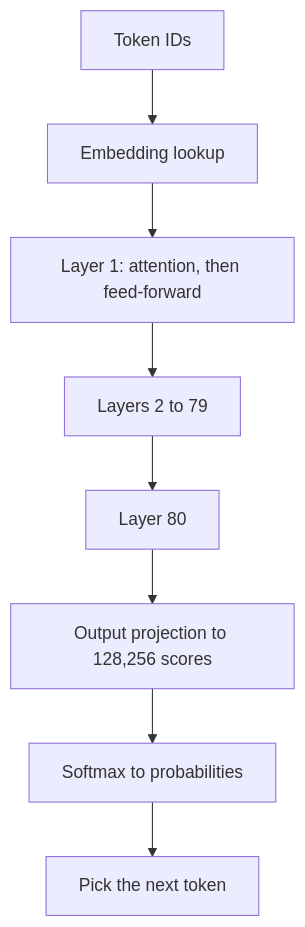
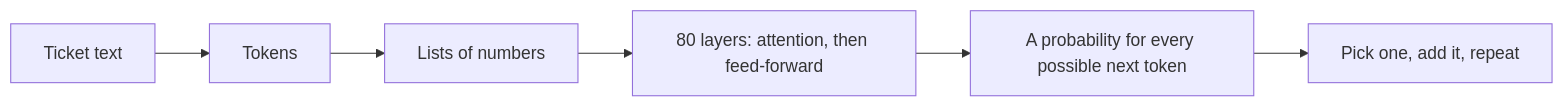
Before and after one commit to tharungajula2/loud-recall: the diagram in content/ai-stack-volume-1-the-model-and-the-machine.md, drawn with Mermaid. The commit also changed other lines of this file and 17 other files, not shown here.

Commit message:
AI-first home: masterclass path, articles, guest lectures; rebuilt AI Stack vols 1-4; first article; lazy-load Mermaid

````diff
--- a/content/ai-stack-volume-1-the-model-and-the-machine.md
+++ b/content/ai-stack-volume-1-the-model-and-the-machine.md
@@ -188,10 +205,8 @@
 ```mermaid
-flowchart TD
-    A[Token IDs] --> B[Embedding lookup]
-    B --> C[Layer 1: attention, then feed-forward]
-    C --> D[Layers 2 to 79]
-    D --> E[Layer 80]
-    E --> F[Output projection to 128,256 scores]
-    F --> G[Softmax to probabilities]
-    G --> H[Pick the next token]
+flowchart LR
+    A[Ticket text] --> B[Tokens]
+    B --> C[Lists of numbers]
+    C --> D[80 layers: attention, then feed-forward]
+    D --> E[A probability for every possible next token]
+    E --> F[Pick one, add it, repeat]
 ```
````
